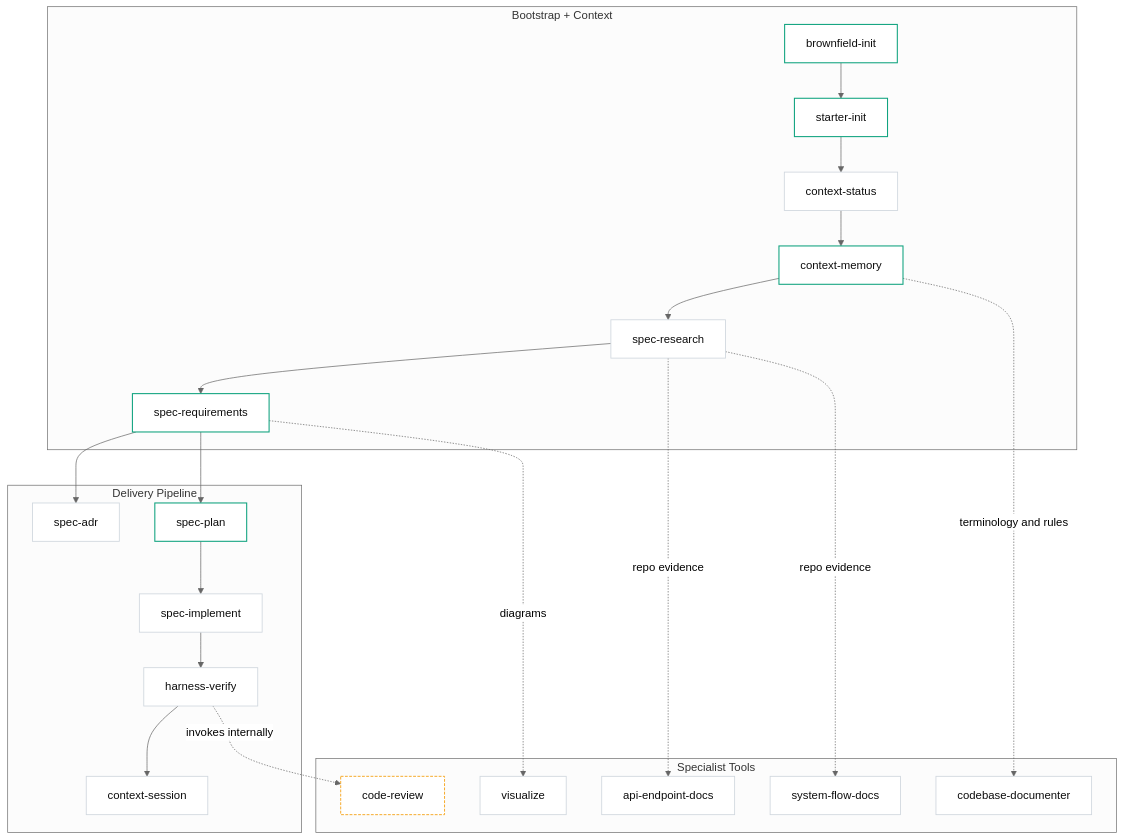
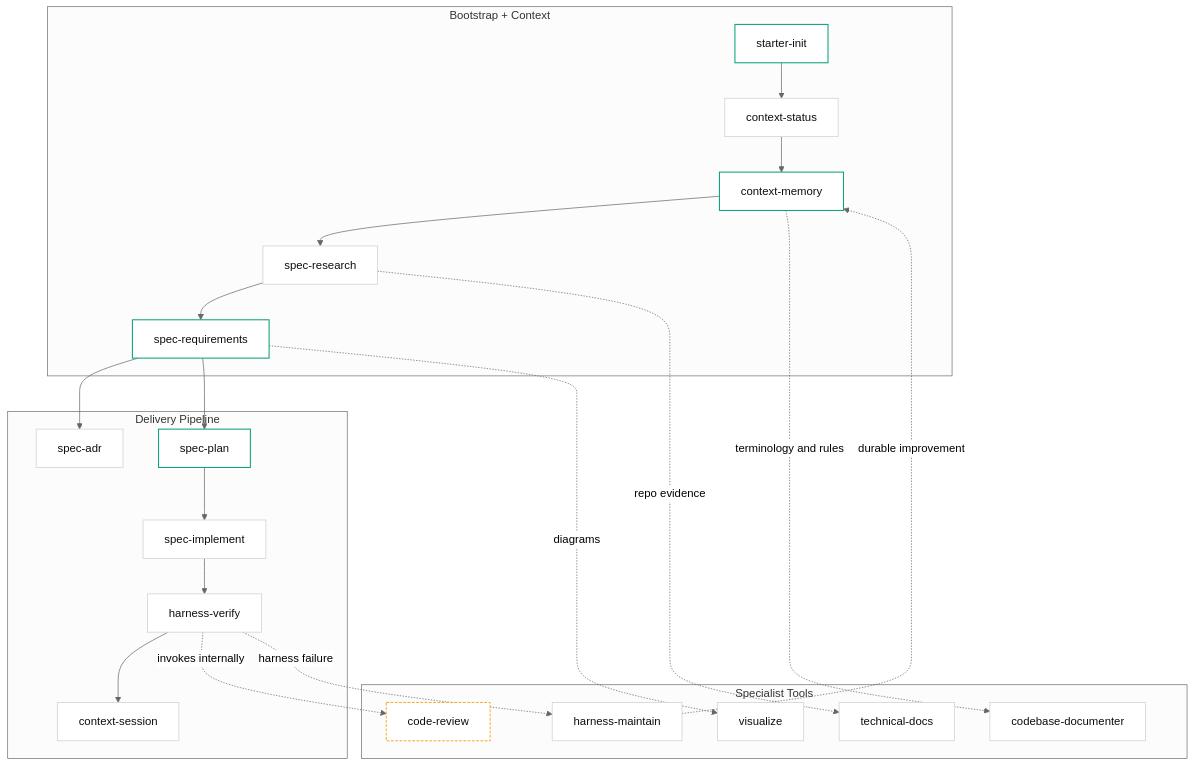
The second of 2 diagrams in documents/architecture.md (thaihai-swe/CoreZero-Nexus), drawn with Mermaid (neutral theme) before and after one commit. The commit also changed other lines of this file and 68 other files, not shown here.

````diff
--- a/documents/architecture.md
+++ b/documents/architecture.md
@@ -260,51 +258,51 @@
 ```mermaid
 flowchart TB
     subgraph OC["Bootstrap + Context"]
-        BROWN["brownfield-init"]
         START["starter-init"]
         STATUS["context-status"]
         MEMORY["context-memory"]
         RESEARCH["spec-research"]
         SPEC["spec-requirements"]
     end
 
     subgraph DP["Delivery Pipeline"]
         ADR["spec-adr"]
         PLAN["spec-plan"]
         IMPL["spec-implement"]
         VERIFY["harness-verify"]
         HAND["context-session"]
     end
 
     subgraph ST["Specialist Tools"]
         VIS["visualize"]
         CR["code-review"]
-        API["api-endpoint-docs"]
-        SYS["system-flow-docs"]
+        TECDOC["technical-docs"]
         CODE["codebase-documenter"]
+        MAINTAIN["harness-maintain"]
     end
 
-    BROWN --> START
     START --> STATUS
     STATUS --> MEMORY
     MEMORY --> RESEARCH
     RESEARCH --> SPEC
     SPEC --> ADR
     SPEC --> PLAN
     PLAN --> IMPL
     IMPL --> VERIFY
     VERIFY --> HAND
     VERIFY -. invokes internally .-> CR
 
-    RESEARCH -. repo evidence .-> API
-    RESEARCH -. repo evidence .-> SYS
+    VERIFY -. harness failure .-> MAINTAIN
+    MAINTAIN -. durable improvement .-> MEMORY
+
+    RESEARCH -. repo evidence .-> TECDOC
     MEMORY -. terminology and rules .-> CODE
     SPEC -. diagrams .-> VIS
 
     classDef primary fill:#ffffff,stroke:#10a37f,color:#0d0d0d,stroke-width:1.5px;
     classDef neutral fill:#ffffff,stroke:#d0d7de,color:#0d0d0d,stroke-width:1.2px;
     classDef internal fill:#ffffff,stroke:#f59e0b,color:#0d0d0d,stroke-width:1.2px,stroke-dasharray:4 2;
-    class BROWN,START,MEMORY,SPEC,PLAN primary;
-    class STATUS,RESEARCH,ADR,IMPL,VERIFY,HAND,VIS,API,SYS,CODE neutral;
+    class START,MEMORY,SPEC,PLAN primary;
+    class STATUS,RESEARCH,ADR,IMPL,VERIFY,HAND,VIS,TECDOC,CODE,MAINTAIN neutral;
     class CR internal;
 ```
````
